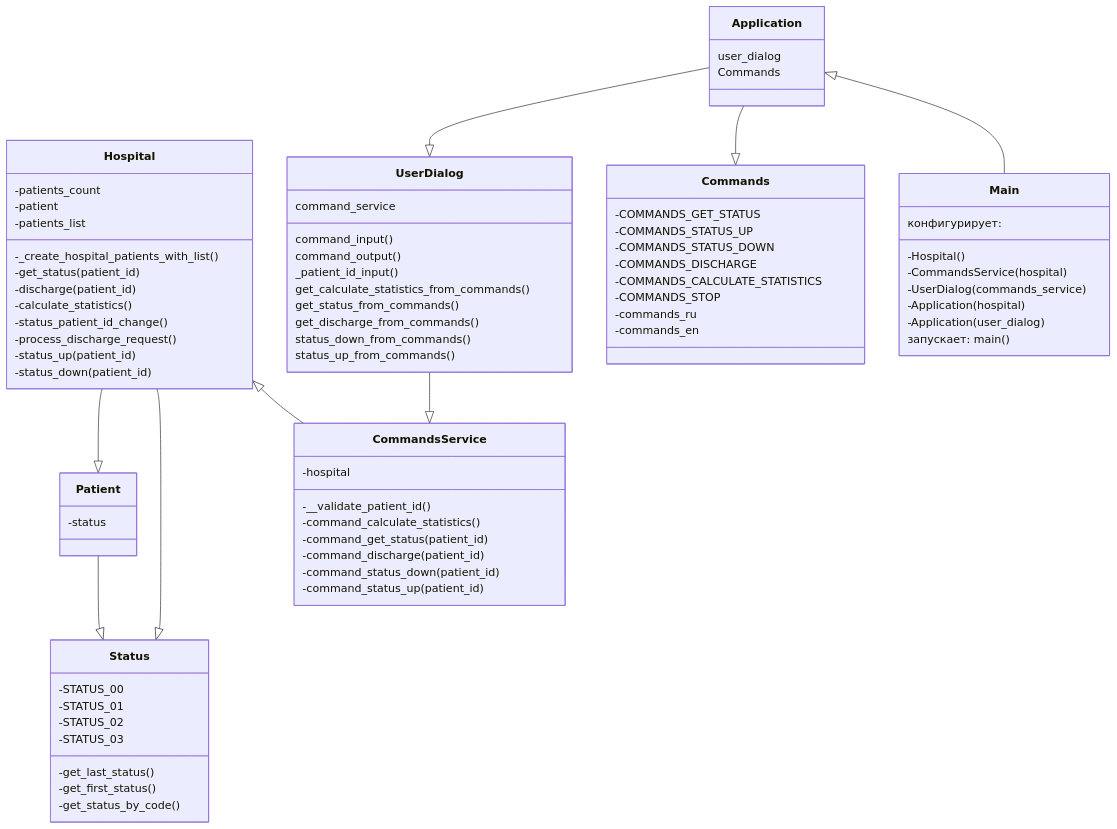
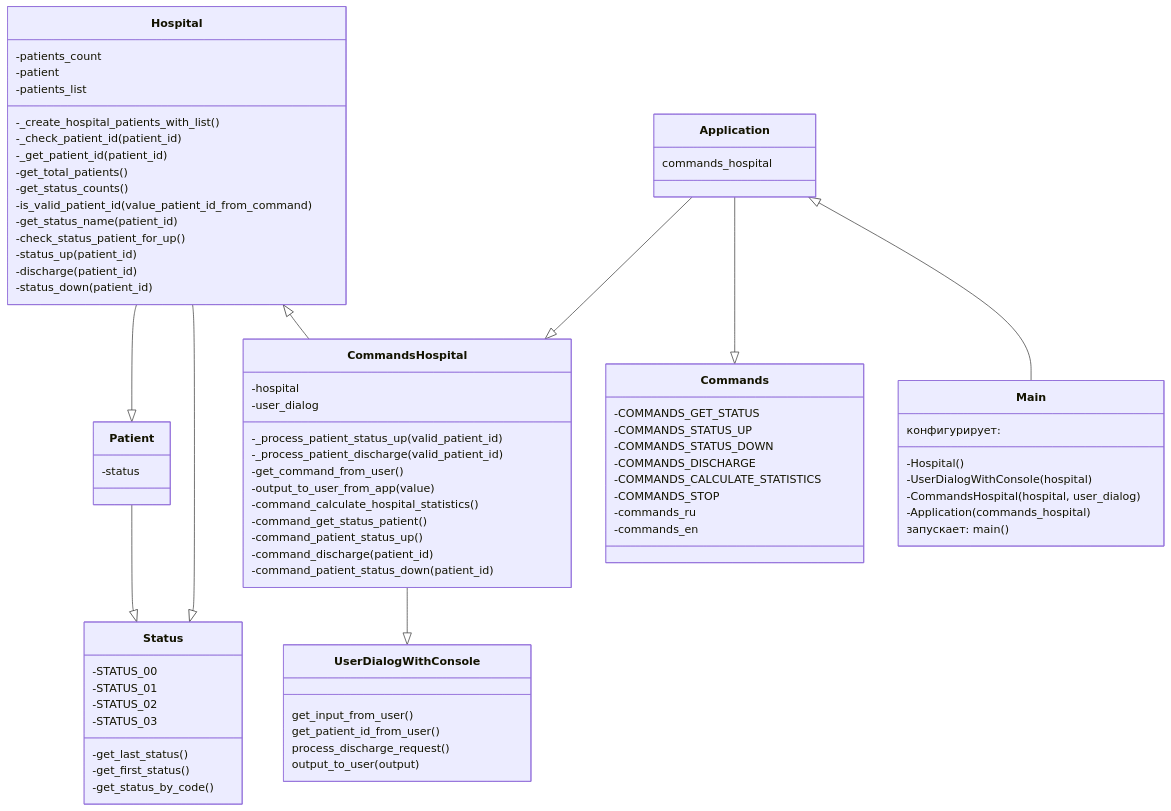
The first of 2 diagrams in README.md (NikitaSivolobov/hospital_app), drawn with Mermaid before and after one commit. The commit also changed other lines of this file and 20 other files, not shown here.

Commit message:
Четвёртая версия приложения. Обновлены классы и методы и составлена схема в файле README.md в соответствии с изменениями

````diff
--- a/README.md
+++ b/README.md
@@ -50,9 +55,9 @@
     Hospital --|> Patient
     Hospital --|> Status
     Patient --|> Status
-    Hospital <|-- CommandsService
-    UserDialog --|> CommandsService
-    Application --|> UserDialog
+    Hospital <|-- CommandsHospital
+    CommandsHospital --|> UserDialogWithConsole
+    Application --|> CommandsHospital
     Application --|> Commands
     Application <|-- Main
     
@@ -61,12 +66,15 @@
       -patient
       -patients_list
       -_create_hospital_patients_with_list()
-      -get_status(patient_id)
+      -_check_patient_id(patient_id)
+      -_get_patient_id(patient_id)
+      -get_total_patients()
+      -get_status_counts()
+      -is_valid_patient_id(value_patient_id_from_command)
+      -get_status_name(patient_id)
+      -check_status_patient_for_up()
+      -status_up(patient_id)
       -discharge(patient_id)
-      -calculate_statistics()
-      -status_patient_id_change()
-      -process_discharge_request()
-      -status_up(patient_id)
       -status_down(patient_id)
     }
     class Patient{
@@ -93,38 +101,35 @@
       -commands_ru
       -commands_en
     }
-    class UserDialog{
-        command_service
-        command_input()
-        command_output()
-        _patient_id_input()
-        get_calculate_statistics_from_commands()
-        get_status_from_commands()
-        get_discharge_from_commands()
-        status_down_from_commands()
-        status_up_from_commands()
+    class UserDialogWithConsole{
+        get_input_from_user()
+        get_patient_id_from_user()
+        process_discharge_request()
+        output_to_user(output)
     }
-    class CommandsService{
+    class CommandsHospital{
       -hospital
+      -user_dialog
     
-      -__validate_patient_id()
-      -command_calculate_statistics()
-      -command_get_status(patient_id)
+      -_process_patient_status_up(valid_patient_id)
+      -_process_patient_discharge(valid_patient_id)
+      -get_command_from_user()
+      -output_to_user_from_app(value)
+      -command_calculate_hospital_statistics()
+      -command_get_status_patient()
+      -command_patient_status_up()
       -command_discharge(patient_id)
-      -command_status_down(patient_id)
-      -command_status_up(patient_id)
+      -command_patient_status_down(patient_id)
     }
     class Application{
-        user_dialog
-        Commands
+        commands_hospital
     }
     class Main{
         конфигурирует:
         -Hospital()
-        -CommandsService(hospital)
-        -UserDialog(commands_service)
-        -Application(hospital)
-        -Application(user_dialog)
+        -UserDialogWithConsole(hospital)
+        -CommandsHospital(hospital, user_dialog)
+        -Application(commands_hospital)
         запускает: main()
     }
 ```
````
